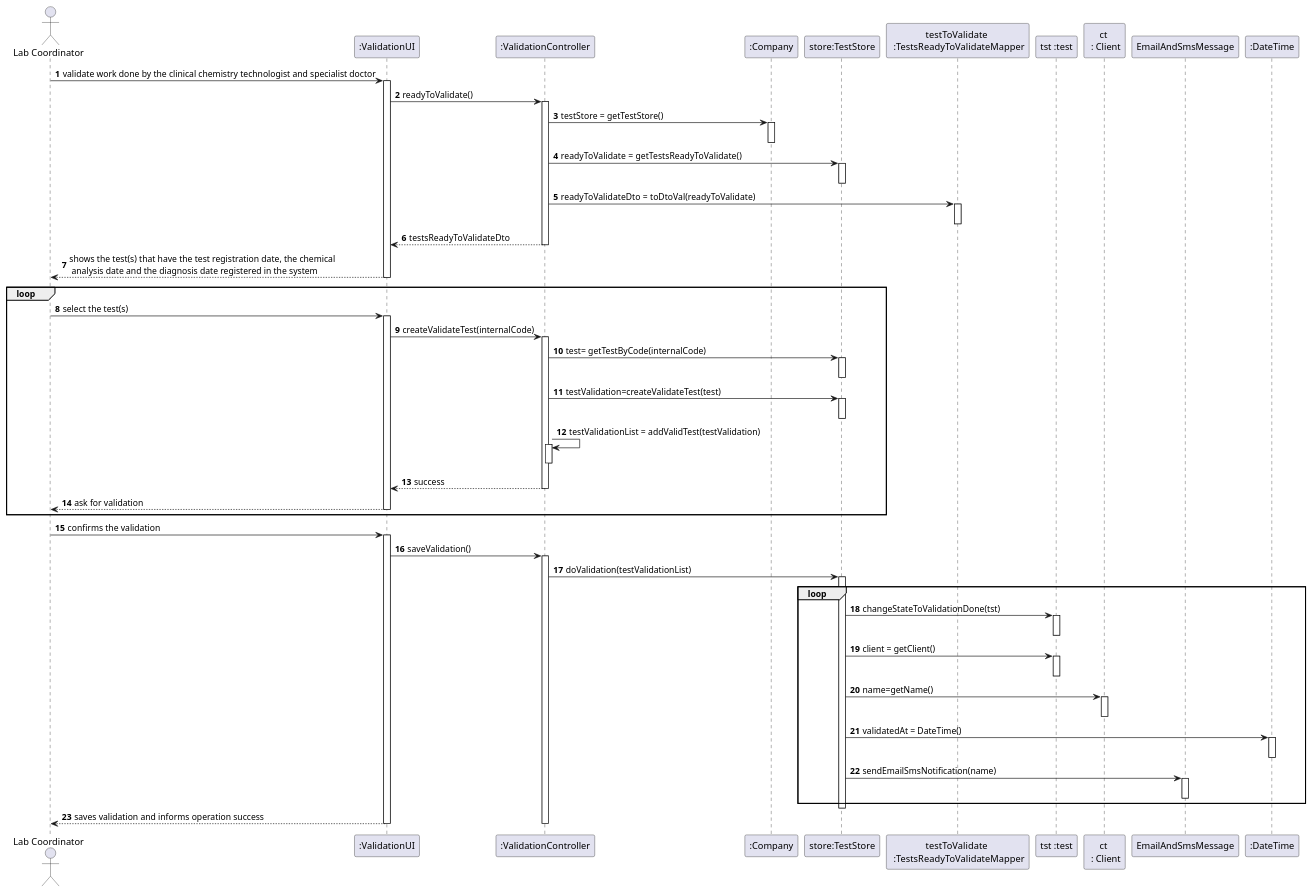
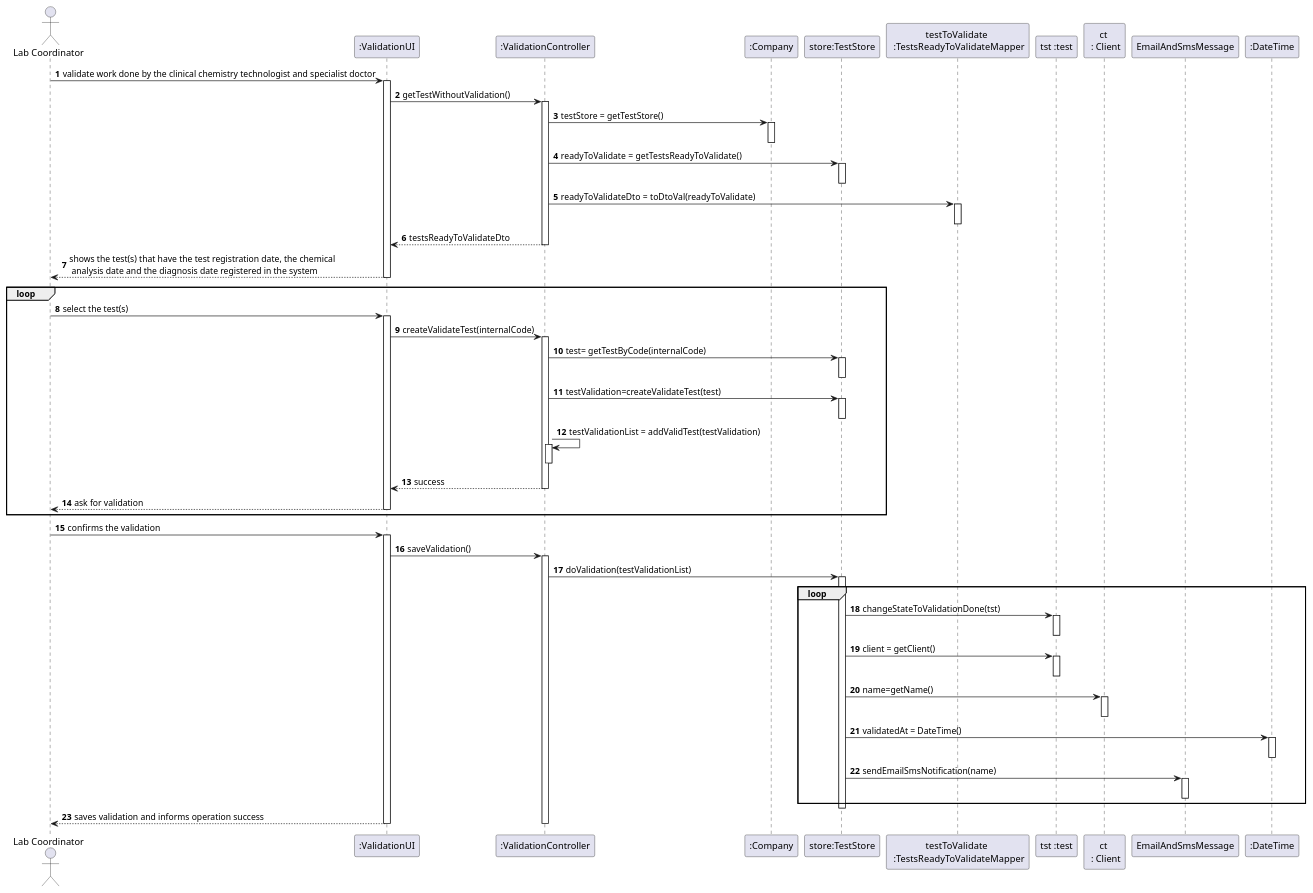
The diagram in docs/SprintD/US15/UC15_SD.puml (GuilhermeCunha79/lapr2), drawn with PlantUML before and after one commit. The commit also changed 5 other files, not shown here.

```diff
--- a/docs/SprintD/US15/UC15_SD.puml
+++ b/docs/SprintD/US15/UC15_SD.puml
@@ -1,93 +1,93 @@
 @startuml
 autonumber
 'hide footbox
 actor "Lab Coordinator" as LC
 
 participant ":ValidationUI" as UI
 participant ":ValidationController" as CTRL
 participant ":Company" as C
 participant "store:TestStore" as TS
 participant "testToValidate \n :TestsReadyToValidateMapper" as TVM
 
 participant "tst :test" as TST
 participant "ct \n : Client" as CT
 participant "EmailAndSmsMessage" as EM
 participant ":DateTime" as DT
 
 LC -> UI : validate work done by the clinical chemistry technologist and specialist doctor
 activate UI
-    UI -> CTRL : readyToValidate()
+    UI -> CTRL : getTestWithoutValidation()
     activate CTRL
     CTRL -> C : testStore = getTestStore()
     activate C
     deactivate C
     CTRL -> TS : readyToValidate = getTestsReadyToValidate()
     activate TS
     deactivate TS
     CTRL -> TVM : readyToValidateDto = toDtoVal(readyToValidate)
     activate TVM
     deactivate TVM
     deactivate TVM
     CTRL --> UI : testsReadyToValidateDto
     deactivate CTRL
     UI --> LC : shows the test(s) that have the test registration date, the chemical\n analysis date and the diagnosis date registered in the system
 deactivate UI
 loop
 LC -> UI : select the test(s)
 activate UI
 
 UI -> CTRL : createValidateTest(internalCode)
 activate CTRL
 CTRL -> TS : test= getTestByCode(internalCode)
 activate TS
 deactivate TS
 CTRL -> TS : testValidation=createValidateTest(test)
 activate TS
 deactivate TS
 
 
 
 CTRL -> CTRL : testValidationList = addValidTest(testValidation)
 activate CTRL
 deactivate CTRL
 CTRL --> UI : success
 deactivate CTRL
 
     UI --> LC : ask for validation
     deactivate CTRL
 deactivate UI
 end
 LC -> UI : confirms the validation
 activate UI
     UI -> CTRL : saveValidation()
     activate CTRL
     CTRL -> TS : doValidation(testValidationList)
     loop
     activate TS
     TS -> TST : changeStateToValidationDone(tst)
     activate TST
     deactivate TST
     TS -> TST : client = getClient()
     activate TST
     deactivate TST
     TS -> CT : name=getName()
     activate CT
     deactivate CT
     TS -> DT : validatedAt = DateTime()
     activate DT
         deactivate DT
     TS -> EM : sendEmailSmsNotification(name)
     activate EM
         deactivate EM
    end
 
 
     deactivate TS
 
 
 UI --> LC : saves validation and informs operation success
 deactivate C
 deactivate UI
 deactivate CTRL
 
 @enduml
```
